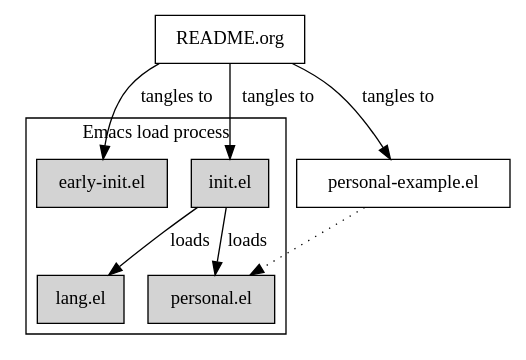
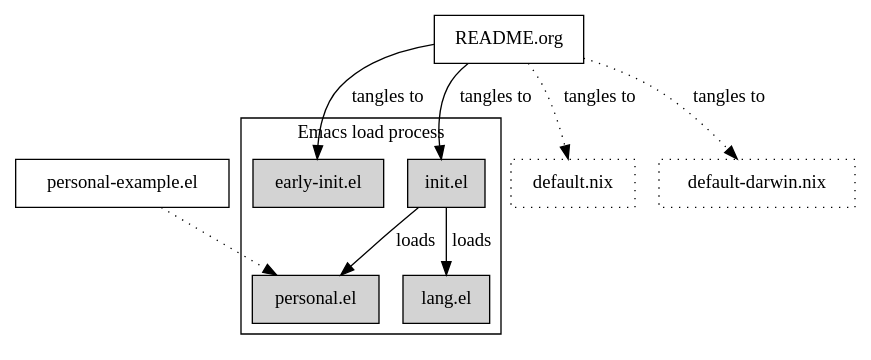
The diagram in emacs/README.org (vidbina/dotfiles), drawn with Graphviz before and after one commit. The commit also changed other lines of this file and 1 other file, not shown here.

Commit message:
doc: move emacs nix-config into literate program

```diff
--- a/emacs/README.org
+++ b/emacs/README.org
@@ -34,22 +68,25 @@
 #+begin_src dot :file images/conf-setup.png :exports results
 digraph G {
   subgraph cluster_emacs {
     label="Emacs load process"
     node_earlyinit [shape=box, label="early-init.el", style=filled]
     node_init [shape=box, label="init.el", style=filled]
     node_personal [shape=box, label="personal.el", style=filled]
     node_lang [shape=box, label="lang.el", style=filled]
 
     node_init -> node_personal [label="loads"]
     node_init -> node_lang [label="loads"]
   }
 
   node_this [shape=box, label="README.org"]
   node_personal_example [shape=box, label="personal-example.el"]
+  node_default_nix [shape=box, style=dotted, label="default.nix"]
+  node_default_darwin_nix [shape=box, style=dotted, label="default-darwin.nix"]
 
   node_this -> node_earlyinit [label="tangles to"]
   node_this -> node_init [label="tangles to"]
-  node_this -> node_personal_example [label="tangles to"]
+  node_this -> node_default_nix [label="tangles to", style=dotted]
+  node_this -> node_default_darwin_nix [label="tangles to", style=dotted]
   node_personal_example -> node_personal [style=dotted]
 }
 #+end_src
```
